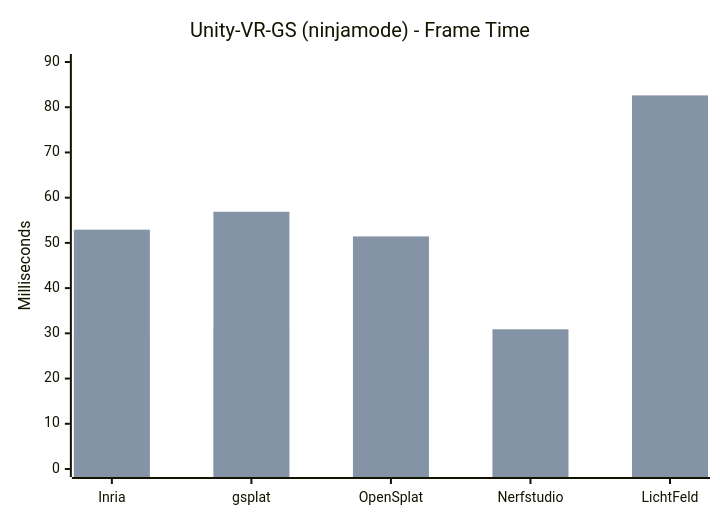
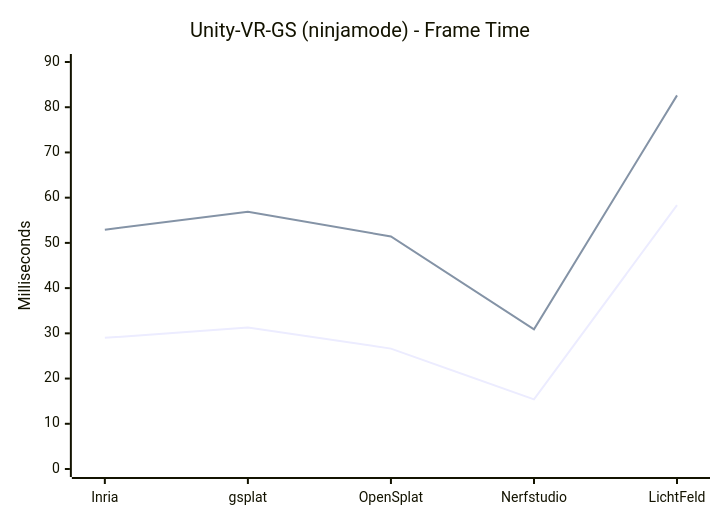
The second of 2 diagrams in analysis/viewers/xr-viewers.md (CGVGroup/gaussian-splatting-tools-comparison), drawn with Mermaid before and after one commit.

Commit message:
Convert bar charts to line charts in xr-viewers
Changed bar charts to line charts for frame time data.

````diff
--- a/analysis/viewers/xr-viewers.md
+++ b/analysis/viewers/xr-viewers.md
@@ -250,8 +250,8 @@
 ```mermaid
 xychart-beta
     title "Unity-VR-GS (ninjamode) - Frame Time"
     x-axis ["Inria","gsplat","OpenSplat","Nerfstudio","LichtFeld"]
     y-axis "Milliseconds" 0 --> 90
-    bar [29.00,31.30,26.62,15.39,58.35]
-    bar [52.92,56.88,51.43,30.89,82.62]
+    line [29.00,31.30,26.62,15.39,58.35]
+    line [52.92,56.88,51.43,30.89,82.62]
 ```
````
